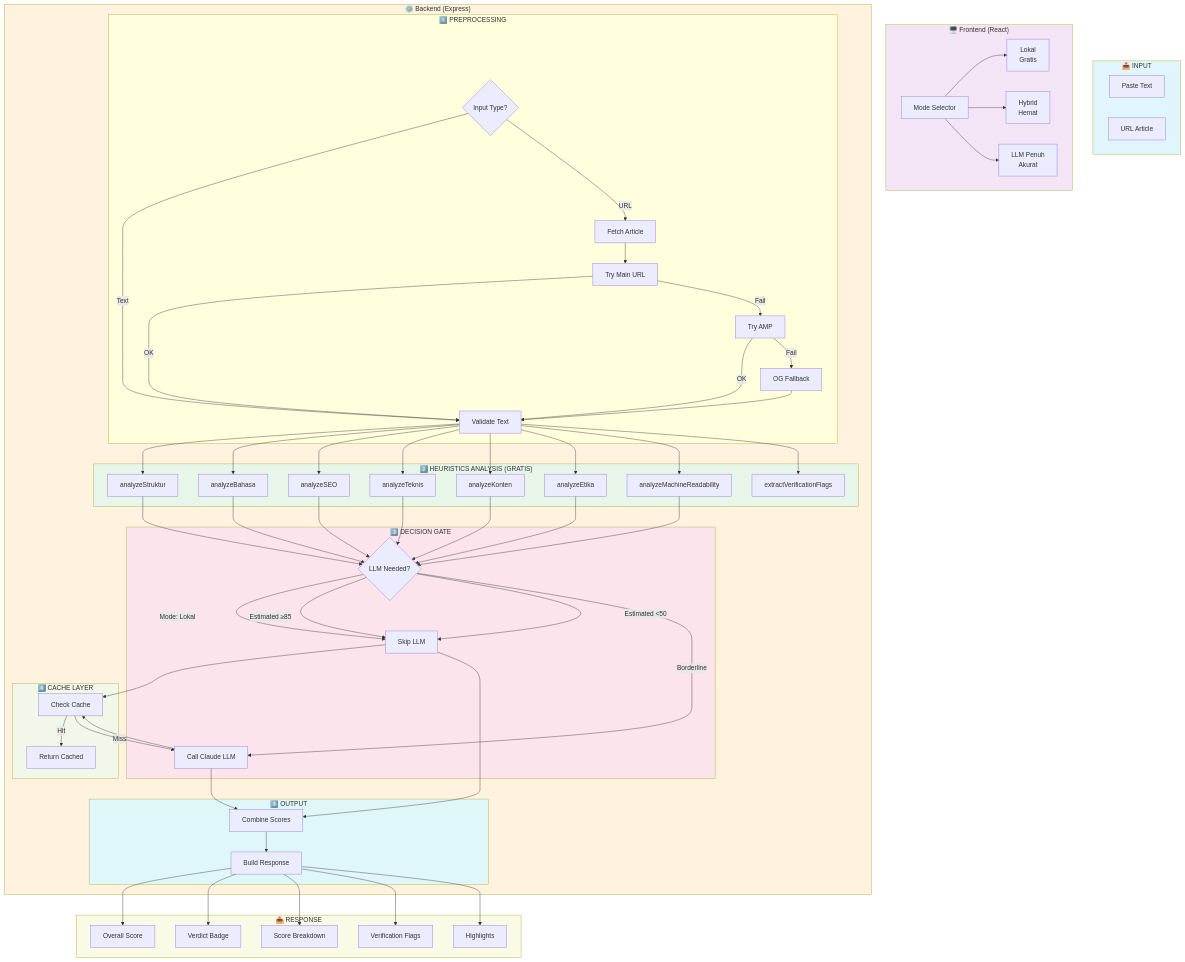
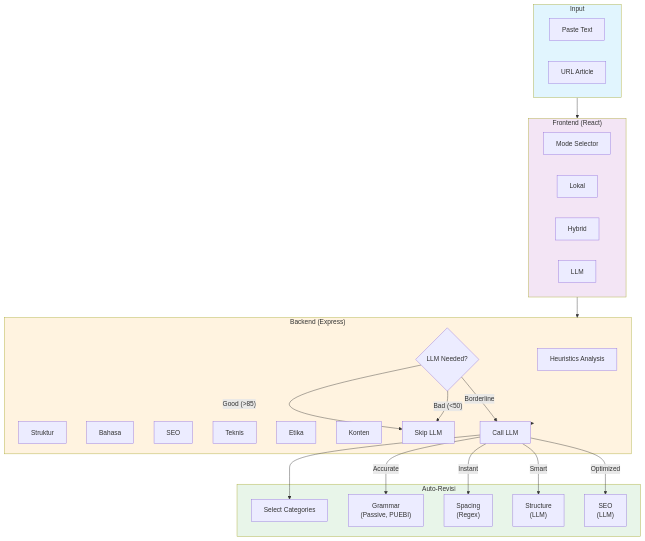
The diagram in README.md (Manado-Post/article-review-project), drawn with Mermaid before and after one commit. The commit also changed other lines of this file and 4 other files, not shown here.

````diff
--- a/README.md
+++ b/README.md
@@ -56,93 +71,49 @@
 ```mermaid
 flowchart TB
-    subgraph INPUT["📥 INPUT"]
+    subgraph INPUT["Input"]
         A["Paste Text"] 
         B["URL Article"]
     end
 
-    subgraph FRONTEND["🖥️ Frontend (React)"]
+    subgraph FRONTEND["Frontend (React)"]
         C["Mode Selector"]
-        C1["Lokal<br/>Gratis"]
-        C2["Hybrid<br/>Hemat"]
-        C3["LLM Penuh<br/>Akurat"]
-        C --> C1
-        C --> C2
-        C --> C3
+        C1["Lokal"]
+        C2["Hybrid"]
+        C3["LLM"]
     end
 
-    subgraph BACKEND["⚙️ Backend (Express)"]
-        subgraph PREPROCESS["1️⃣ PREPROCESSING"]
-            D{"Input Type?"}
-            D -->|Text| E["Validate Text"]
-            D -->|URL| F["Fetch Article"]
-            F --> F1["Try Main URL"]
-            F1 -->|OK| E
-            F1 -->|Fail| F2["Try AMP"]
-            F2 -->|OK| E
-            F2 -->|Fail| F3["OG Fallback"]
-            F3 --> E
-        end
-
-        subgraph HEURISTICS["2️⃣ HEURISTICS ANALYSIS (GRATIS)"]
-            E --> G["analyzeStruktur"]
-            E --> H["analyzeBahasa"]
-            E --> I["analyzeSEO"]
-            E --> J["analyzeTeknis"]
-            E --> K["analyzeKonten"]
-            E --> L["analyzeEtika"]
-            E --> M["analyzeMachineReadability"]
-            E --> N["extractVerificationFlags"]
-        end
-
-        subgraph DECISION["3️⃣ DECISION GATE"]
-            G --> O{"LLM Needed?"}
-            H --> O
-            I --> O
-            J --> O
-            K --> O
-            L --> O
-            M --> O
-            
-            O -->|Mode: Lokal| P["Skip LLM"]
-            O -->|Estimated ≥85| P
-            O -->|Estimated <50| P
-            O -->|Borderline| Q["Call Claude LLM"]
-        end
-
-        subgraph CACHE["4️⃣ CACHE LAYER"]
-            P --> R["Check Cache"]
-            Q --> R
-            R -->|Hit| S["Return Cached"]
-            R -->|Miss| Q
-        end
-
-        subgraph OUTPUT["5️⃣ OUTPUT"]
-            P --> T["Combine Scores"]
-            Q --> T
-            T --> U["Build Response"]
-        end
+    subgraph BACKEND["Backend (Express)"]
+        D["Heuristics Analysis"]
+        D1["Struktur"]
+        D2["Bahasa"]
+        D3["SEO"]
+        D4["Teknis"]
+        D5["Etika"]
+        D6["Konten"]
+        
+        E{"LLM Needed?"}
+        E -->|"Good (>85)"| F["Skip LLM"]
+        E -->|"Borderline"| G["Call LLM"]
+        E -->|"Bad (<50)"| F
     end
 
-    subgraph RESPONSE["📤 RESPONSE"]
-        V["Overall Score"]
-        W["Verdict Badge"]
-        X["Score Breakdown"]
-        Y["Verification Flags"]
-        Z["Highlights"]
+    subgraph REVISION["Auto-Revisi"]
+        H["Select Categories"]
+        H1["Grammar<br/>(Passive, PUEBI)"]
+        H2["Spacing<br/>(Regex)"]
+        H3["Structure<br/>(LLM)"]
+        H4["SEO<br/>(LLM)"]
     end
 
-    U --> V
-    U --> W
-    U --> X
-    U --> Y
-    U --> Z
+    INPUT --> FRONTEND --> BACKEND
+    BACKEND --> G --> H
+    G -->|"Instant"| H2
+    G -->|"Accurate"| H1
+    G -->|"Smart"| H3
+    G -->|"Optimized"| H4
 
     style INPUT fill:#e1f5fe
     style FRONTEND fill:#f3e5f5
     style BACKEND fill:#fff3e0
-    style HEURISTICS fill:#e8f5e9
-    style DECISION fill:#fce4ec
-    style CACHE fill:#f1f8e9
-    style OUTPUT fill:#e0f7fa
-    style RESPONSE fill:#f9fbe7
+    style REVISION fill:#e8f5e9
 ```
````
